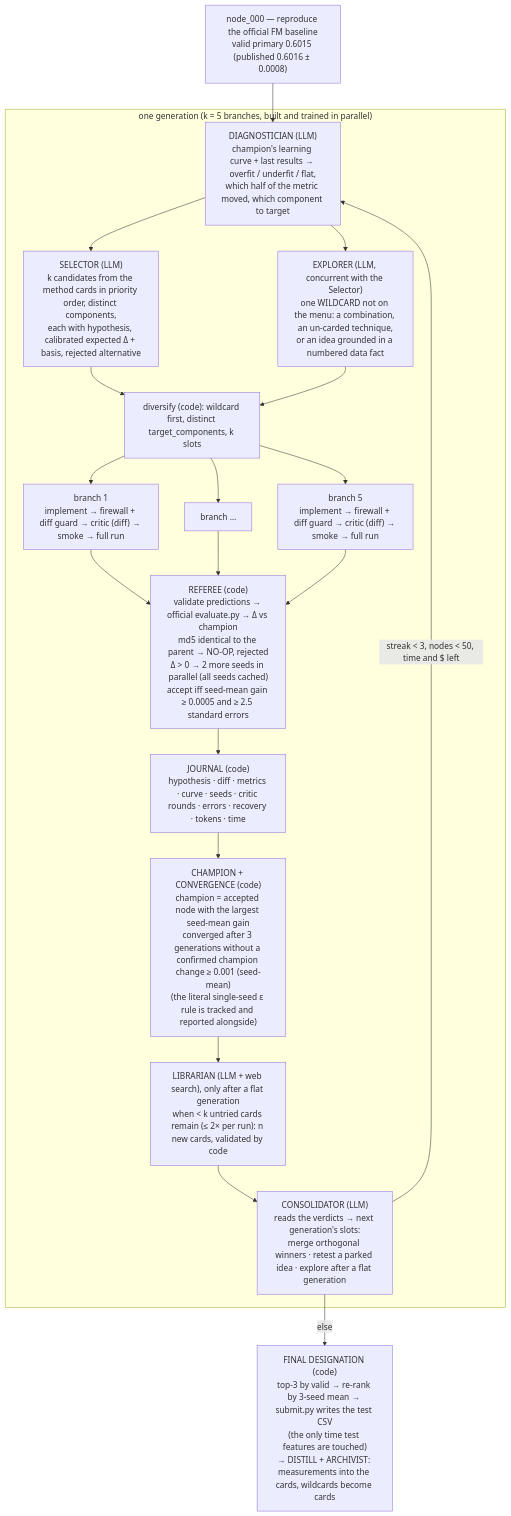
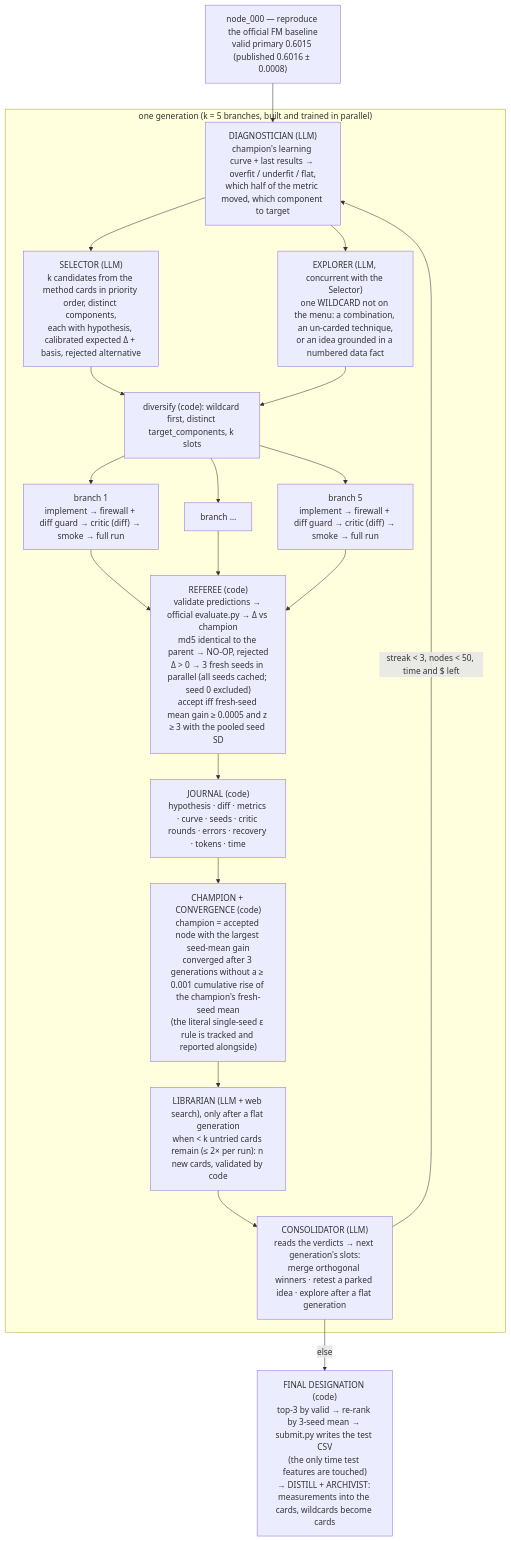
The first of 2 diagrams in kb/ARCHITECTURE.md (yxshrk/jitai_ml_agent), drawn with Mermaid before and after one commit. The commit also changed other lines of this file and 11 other files, not shown here.

Commit message:
ADR-0012 statistics: pooled-sigma z-test on three fresh seeds (seed 0 excluded as the selected screen), z >= 3 with adaptive seeds when borderline; convergence streak resets on a >= 0.001 cumulative rise of the champion's fresh-seed mean; designation by fresh-seed mean

````diff
--- a/kb/ARCHITECTURE.md
+++ b/kb/ARCHITECTURE.md
@@ -14,21 +14,21 @@
 ```mermaid
 flowchart TD
     N0["node_000 — reproduce the official FM baseline<br/>valid primary 0.6015 (published 0.6016 ± 0.0008)"] --> D
     subgraph GEN["one generation (k = 5 branches, built and trained in parallel)"]
         D["DIAGNOSTICIAN (LLM)<br/>champion's learning curve + last results → overfit / underfit / flat,<br/>which half of the metric moved, which component to target"] --> S & X
         S["SELECTOR (LLM)<br/>k candidates from the method cards in priority order, distinct components,<br/>each with hypothesis, calibrated expected Δ + basis, rejected alternative"]
         X["EXPLORER (LLM, concurrent with the Selector)<br/>one WILDCARD not on the menu: a combination, an un-carded technique,<br/>or an idea grounded in a numbered data fact"]
         S & X --> DV["diversify (code): wildcard first, distinct target_components, k slots"]
         DV --> B1 & B2 & B3
         B1["branch 1<br/>implement → firewall + diff guard → critic (diff) → smoke → full run"]
         B2["branch …"]
         B3["branch 5<br/>implement → firewall + diff guard → critic (diff) → smoke → full run"]
-        B1 & B2 & B3 --> REF["REFEREE (code)<br/>validate predictions → official evaluate.py → Δ vs champion<br/>md5 identical to the parent → NO-OP, rejected<br/>Δ > 0 → 2 more seeds in parallel (all seeds cached)<br/>accept iff seed-mean gain ≥ 0.0005 and ≥ 2.5 standard errors"]
+        B1 & B2 & B3 --> REF["REFEREE (code)<br/>validate predictions → official evaluate.py → Δ vs champion<br/>md5 identical to the parent → NO-OP, rejected<br/>Δ > 0 → 3 fresh seeds in parallel (all seeds cached; seed 0 excluded)<br/>accept iff fresh-seed mean gain ≥ 0.0005 and z ≥ 3 with the pooled seed SD"]
         REF --> J["JOURNAL (code)<br/>hypothesis · diff · metrics · curve · seeds · critic rounds · errors · recovery · tokens · time"]
-        J --> CH["CHAMPION + CONVERGENCE (code)<br/>champion = accepted node with the largest seed-mean gain<br/>converged after 3 generations without a confirmed champion change ≥ 0.001 (seed-mean)<br/>(the literal single-seed ε rule is tracked and reported alongside)"]
+        J --> CH["CHAMPION + CONVERGENCE (code)<br/>champion = accepted node with the largest seed-mean gain<br/>converged after 3 generations without a ≥ 0.001 cumulative rise of the champion's fresh-seed mean<br/>(the literal single-seed ε rule is tracked and reported alongside)"]
         CH --> LIB["LIBRARIAN (LLM + web search), only after a flat generation<br/>when < k untried cards remain (≤ 2× per run): n new cards, validated by code"]
         LIB --> CONS["CONSOLIDATOR (LLM)<br/>reads the verdicts → next generation's slots:<br/>merge orthogonal winners · retest a parked idea · explore after a flat generation"]
     end
     CONS -->|"streak < 3, nodes < 50, time and $ left"| D
     CONS -->|"else"| END["FINAL DESIGNATION (code)<br/>top-3 by valid → re-rank by 3-seed mean → submit.py writes the test CSV<br/>(the only time test features are touched)<br/>→ DISTILL + ARCHIVIST: measurements into the cards, wildcards become cards"]
 ```
````
